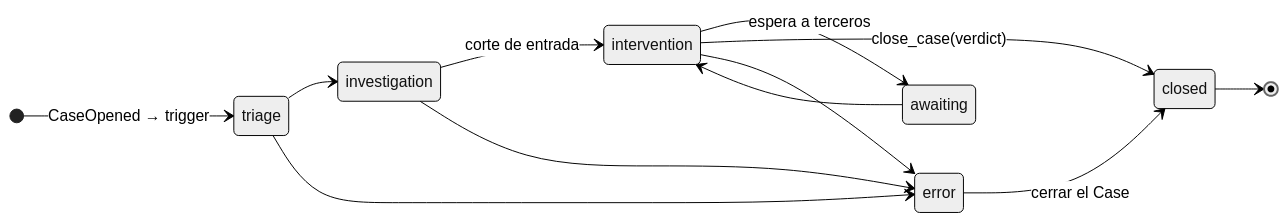
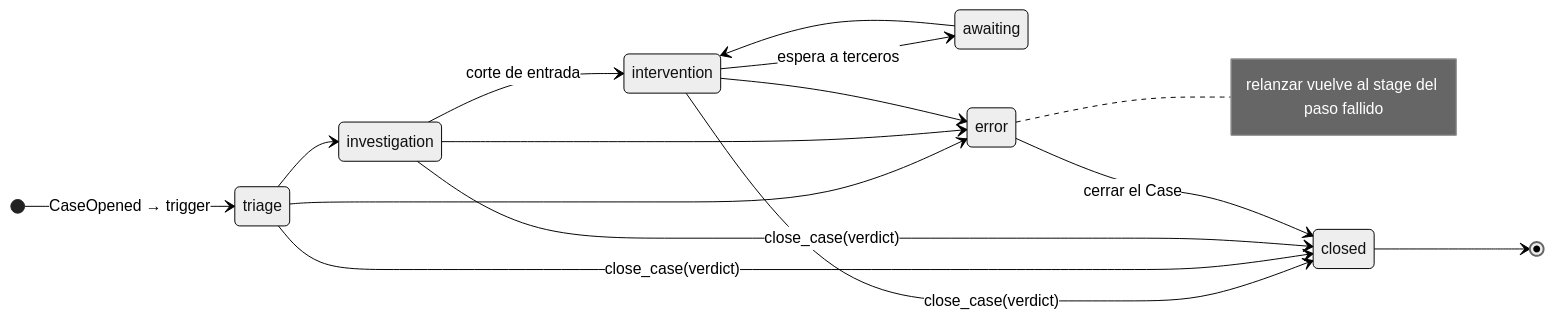
Before and after one commit to xandro30/Cerbero: the third of 4 diagrams in docs/hades.md, drawn with Mermaid (neutral theme). The commit also changed other lines of this file and 57 other files, not shown here.

````diff
--- a/docs/hades.md
+++ b/docs/hades.md
@@ -133,15 +133,18 @@
 ```mermaid
 stateDiagram-v2
     direction LR
     [*] --> triage: CaseOpened → trigger
     triage --> investigation
     investigation --> intervention: corte de entrada
     intervention --> awaiting: espera a terceros
     awaiting --> intervention
     intervention --> closed: close_case(verdict)
+    triage --> closed: close_case(verdict)
+    investigation --> closed: close_case(verdict)
     triage --> error
     investigation --> error
     intervention --> error
     error --> closed: cerrar el Case
+    note right of error: relanzar vuelve al stage del paso fallido
     closed --> [*]
 ```
````
